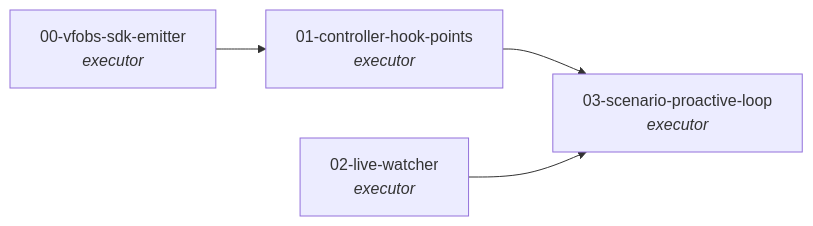
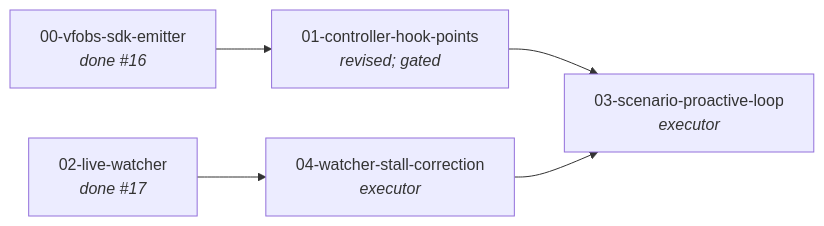
The diagram in workgraphs/controller-instrumentation/workgraph.md (viloforge-projects/vfobs), drawn with Mermaid before and after one commit. The commit also changed other lines of this file and 6 other files, not shown here.

````diff
--- a/workgraphs/controller-instrumentation/workgraph.md
+++ b/workgraphs/controller-instrumentation/workgraph.md
@@ -48,11 +48,13 @@
 ```mermaid
 flowchart LR
-    T0["00-vfobs-sdk-emitter<br/><i>executor</i>"]
-    T1["01-controller-hook-points<br/><i>executor</i>"]
-    T2["02-live-watcher<br/><i>executor</i>"]
+    T0["00-vfobs-sdk-emitter<br/><i>done #16</i>"]
+    T2["02-live-watcher<br/><i>done #17</i>"]
+    T1["01-controller-hook-points<br/><i>revised; gated</i>"]
+    T4["04-watcher-stall-correction<br/><i>executor</i>"]
     T3["03-scenario-proactive-loop<br/><i>executor</i>"]
 
     T0 --> T1
+    T2 --> T4
     T1 --> T3
-    T2 --> T3
+    T4 --> T3
 ```
````
